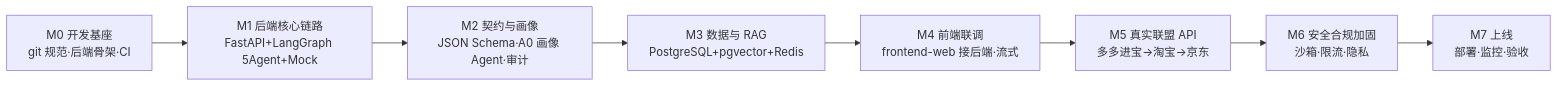
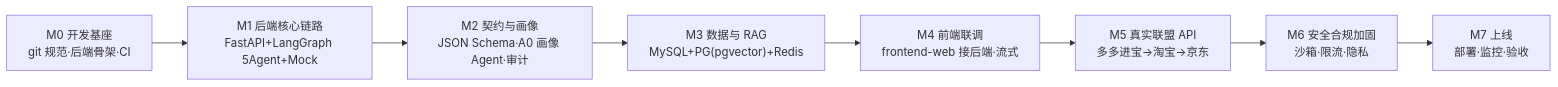
The first of 2 diagrams in 开发流程.md (szy0607/price-agent), drawn with Mermaid before and after one commit. The commit also changed other lines of this file and 13 other files, not shown here.

````diff
--- a/开发流程.md
+++ b/开发流程.md
@@ -27,10 +27,10 @@
 ```mermaid
 flowchart LR
     M0["M0 开发基座<br/>git 规范·后端骨架·CI"] --> M1["M1 后端核心链路<br/>FastAPI+LangGraph 5Agent+Mock"]
     M1 --> M2["M2 契约与画像<br/>JSON Schema·A0 画像 Agent·审计"]
-    M2 --> M3["M3 数据与 RAG<br/>PostgreSQL+pgvector+Redis"]
+    M2 --> M3["M3 数据与 RAG<br/>MySQL+PG(pgvector)+Redis"]
     M3 --> M4["M4 前端联调<br/>frontend-web 接后端·流式"]
     M4 --> M5["M5 真实联盟 API<br/>多多进宝→淘宝→京东"]
     M5 --> M6["M6 安全合规加固<br/>沙箱·限流·隐私"]
     M6 --> M7["M7 上线<br/>部署·监控·验收"]
 ```
````
